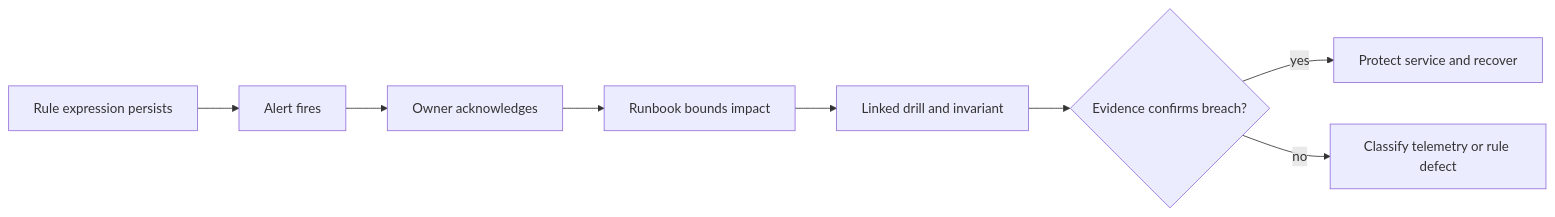
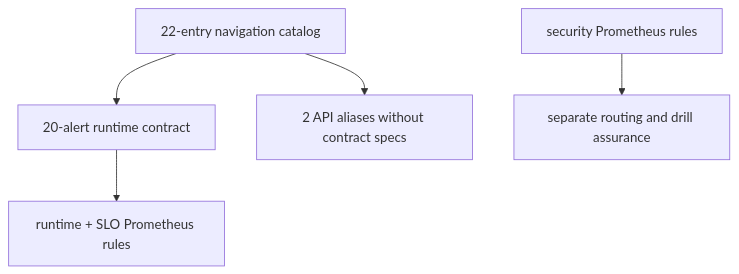
One commit to bijux/bijux-atlas changed the first of 2 diagrams in docs/bijux-atlas-ops/observability/alert-rules.md. Above: the diagram before and after it, drawn with Mermaid. The commit also changed other lines of this file and 2 other files, not shown here.

Commit message:
docs(observability): qualify alert dashboard and drill evidence

````diff
--- a/docs/bijux-atlas-ops/observability/alert-rules.md
+++ b/docs/bijux-atlas-ops/observability/alert-rules.md
@@ -37,10 +37,7 @@
 ```mermaid
-flowchart LR
-    E["Rule expression persists"] --> F["Alert fires"]
-    F --> O["Owner acknowledges"]
-    O --> R["Runbook bounds impact"]
-    R --> D["Linked drill and invariant"]
-    D --> V{"Evidence confirms breach?"}
-    V -->|yes| A["Protect service and recover"]
-    V -->|no| T["Classify telemetry or rule defect"]
+flowchart TD
+    Contract["20-alert runtime contract"] --> RuntimeRules["runtime + SLO Prometheus rules"]
+    Catalog["22-entry navigation catalog"] --> Contract
+    Catalog --> Unbound["2 API aliases without contract specs"]
+    Security["security Prometheus rules"] --> Separate["separate routing and drill assurance"]
 ```
````
